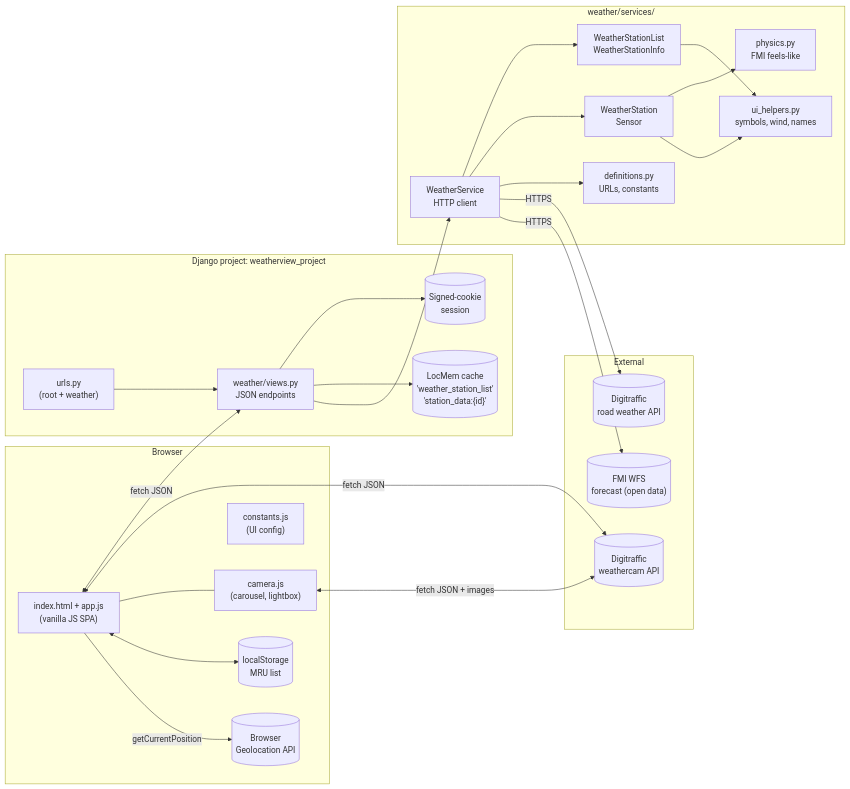
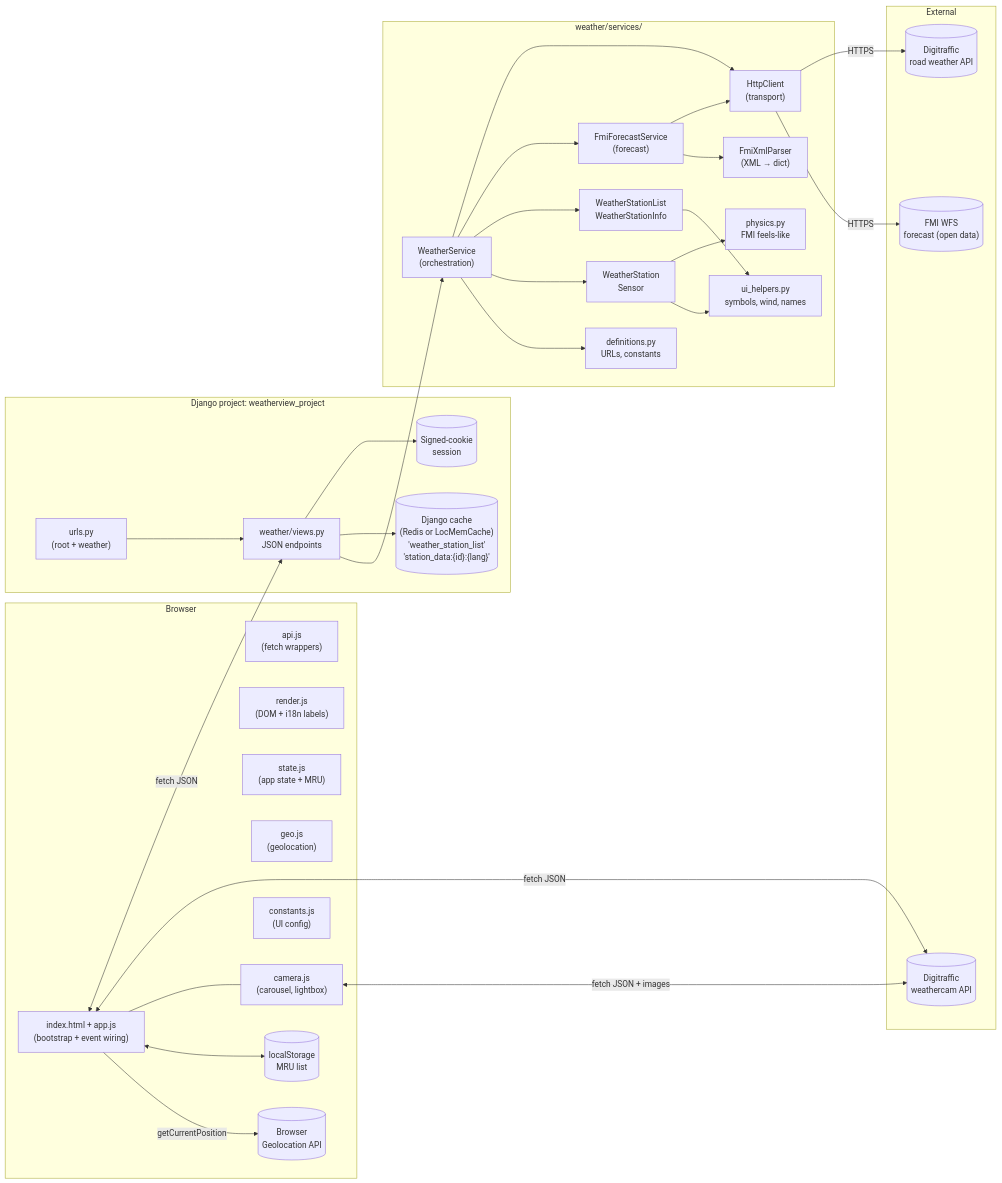
One commit to jjankkil/weatherview-django changed the first of 9 diagrams in docs/ARCHITECTURE.md. Above: the diagram before and after it, drawn with Mermaid. The commit also changed other lines of this file and 13 other files, not shown here.

Commit message:
add Redis cache support (LocMemCache fallback), GitHub Actions CI, Playwright e2e tests, and flag-icons SRI hash

````diff
--- a/docs/ARCHITECTURE.md
+++ b/docs/ARCHITECTURE.md
@@ -20,51 +20,62 @@
 ```mermaid
 flowchart LR
     subgraph Browser
-        UI["index.html + app.js<br/>(vanilla JS SPA)"]
+        UI["index.html + app.js<br/>(bootstrap + event wiring)"]
+        APIJS["api.js<br/>(fetch wrappers)"]
+        RENDER["render.js<br/>(DOM + i18n labels)"]
+        STATE["state.js<br/>(app state + MRU)"]
+        GEOJS["geo.js<br/>(geolocation)"]
         CAM["camera.js<br/>(carousel, lightbox)"]
         CONST["constants.js<br/>(UI config)"]
         LS[("localStorage<br/>MRU list")]
         GEO[("Browser<br/>Geolocation API")]
     end
 
     subgraph Django["Django project: weatherview_project"]
         URLS["urls.py<br/>(root + weather)"]
         VIEWS["weather/views.py<br/>JSON endpoints"]
         SESSION[("Signed-cookie<br/>session")]
-        CACHE[("LocMem cache<br/>'weather_station_list'<br/>'station_data:{id}'")]
+        CACHE[("Django cache<br/>(Redis or LocMemCache)<br/>'weather_station_list'<br/>'station_data:{id}:{lang}'")]
     end
 
     subgraph Services["weather/services/"]
-        WS["WeatherService<br/>HTTP client"]
+        HC["HttpClient<br/>(transport)"]
+        FMIP["FmiXmlParser<br/>(XML → dict)"]
+        FMIFS["FmiForecastService<br/>(forecast)"]
+        WS["WeatherService<br/>(orchestration)"]
         SL["WeatherStationList<br/>WeatherStationInfo"]
         WST["WeatherStation<br/>Sensor"]
         PHY["physics.py<br/>FMI feels-like"]
         UIH["ui_helpers.py<br/>symbols, wind, names"]
         DEF["definitions.py<br/>URLs, constants"]
     end
 
     subgraph External
         DT[("Digitraffic<br/>road weather API")]
         DTCam[("Digitraffic<br/>weathercam API")]
         FMI_WFS[("FMI WFS<br/>forecast (open data)")]
     end
 
     UI <-->|fetch JSON| VIEWS
     UI <-->|fetch JSON| DTCam
     UI --- CAM
     CAM <-->|fetch JSON + images| DTCam
     UI <--> LS
     UI -->|getCurrentPosition| GEO
     URLS --> VIEWS
     VIEWS --> SESSION
     VIEWS --> CACHE
     VIEWS --> WS
+    WS --> HC
+    WS --> FMIFS
     WS --> SL
     WS --> WST
+    FMIFS --> HC
+    FMIFS --> FMIP
+    HC -->|HTTPS| DT
+    HC -->|HTTPS| FMI_WFS
     WST --> PHY
     WST --> UIH
     SL --> UIH
     WS --> DEF
-    WS -->|HTTPS| DT
-    WS -->|HTTPS| FMI_WFS
 ```
````
